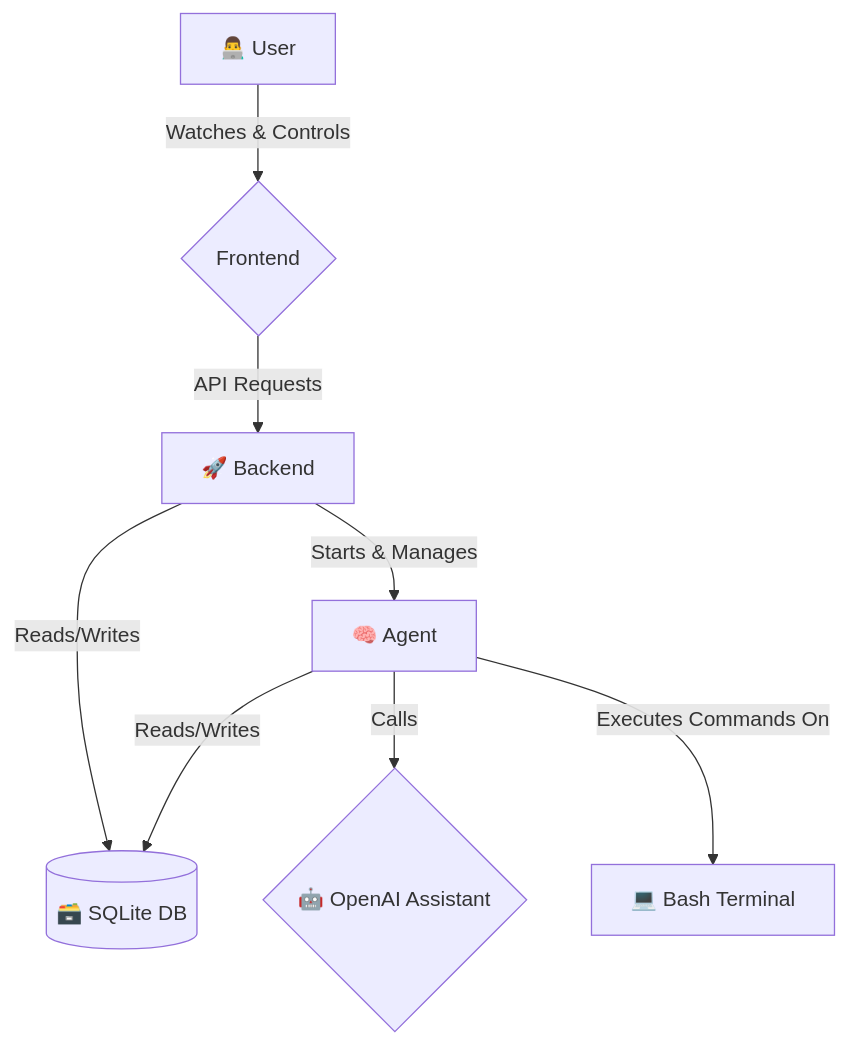
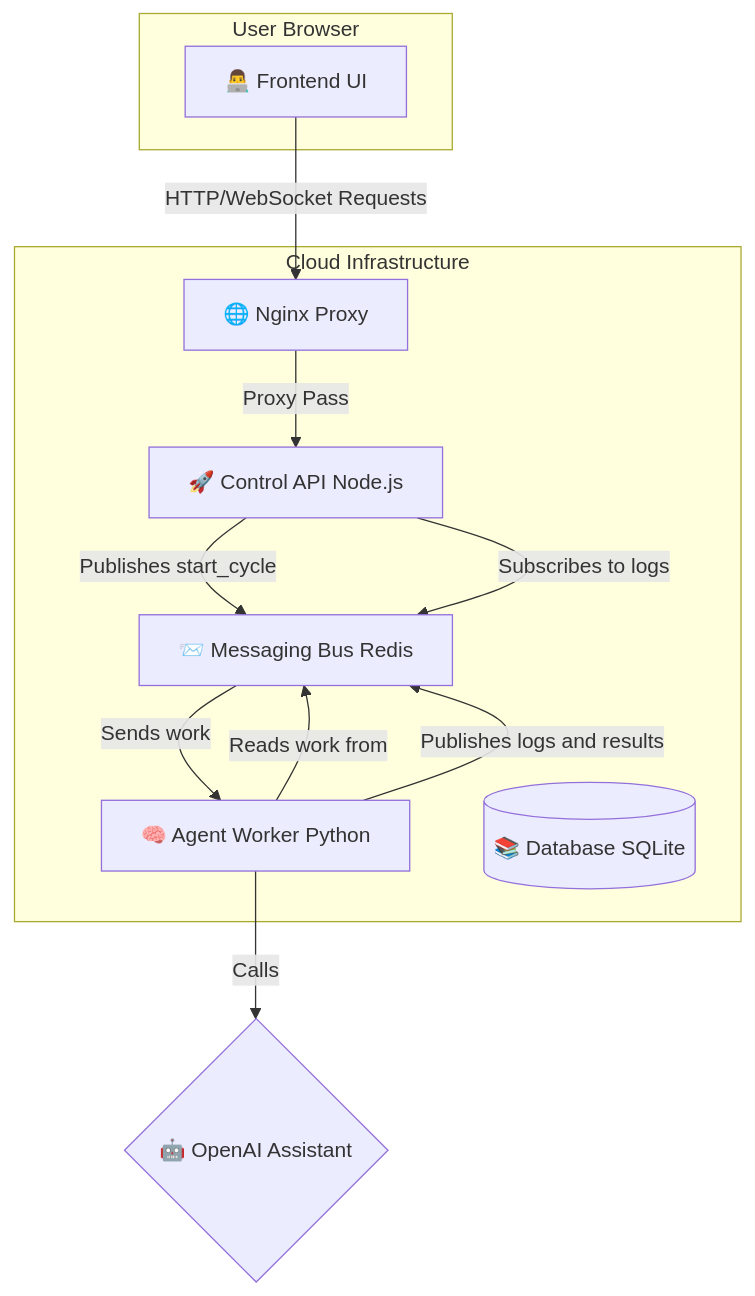
The diagram in README.md (litoxperaloca/liberaty_project), drawn with Mermaid before and after one commit. The commit also changed other lines of this file, not shown here.

````diff
--- a/README.md
+++ b/README.md
@@ -50,10 +43,23 @@
 ```mermaid
 graph TD
-    A[👨‍💻 User] -- Watches & Controls --> B{Frontend}
-    B -- API Requests --> C[🚀 Backend]
-    C -- Starts & Manages --> D[🧠 Agent ]
-    C -- Reads/Writes --> F[(🗃️ SQLite DB)]
-    D -- Reads/Writes --> F
-    D -- Calls --> G{🤖 OpenAI Assistant}
-    D -- Executes Commands On --> H[💻 Bash Terminal]
+    subgraph "User Browser"
+        A[👨‍💻 Frontend UI]
+    end
+
+    subgraph "Cloud Infrastructure"
+        B[🌐 Nginx Proxy]
+        C[🚀 Control API Node.js]
+        D[📨 Messaging Bus Redis]
+        E[🧠 Agent Worker Python]
+        F[(📚 Database SQLite)]
+    end
+
+    A -- HTTP/WebSocket Requests --> B
+    B -- Proxy Pass --> C
+    C -- Publishes start_cycle --> D
+    C -- Subscribes to logs --> D
+    D -- Sends work --> E
+    E -- Reads work from --> D
+    E -- Publishes logs and results --> D
+    E -- Calls --> H{🤖 OpenAI Assistant}
 ```
````
